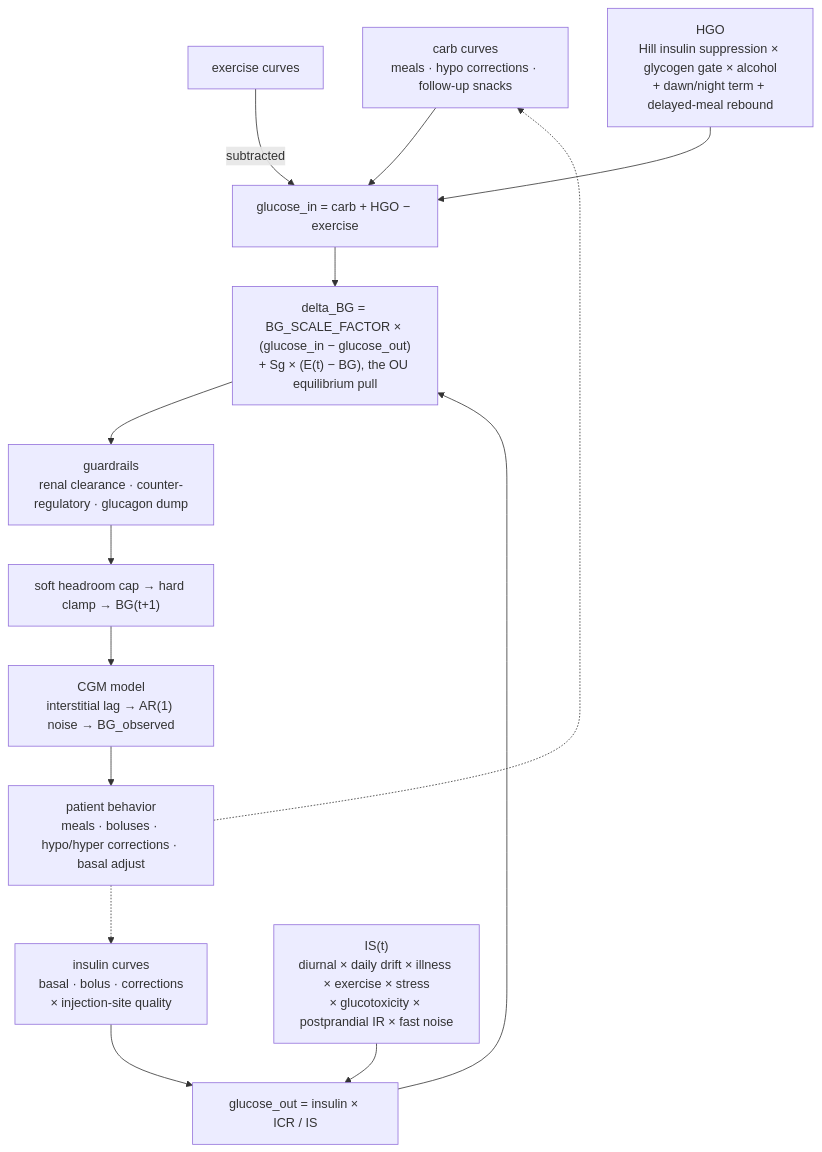
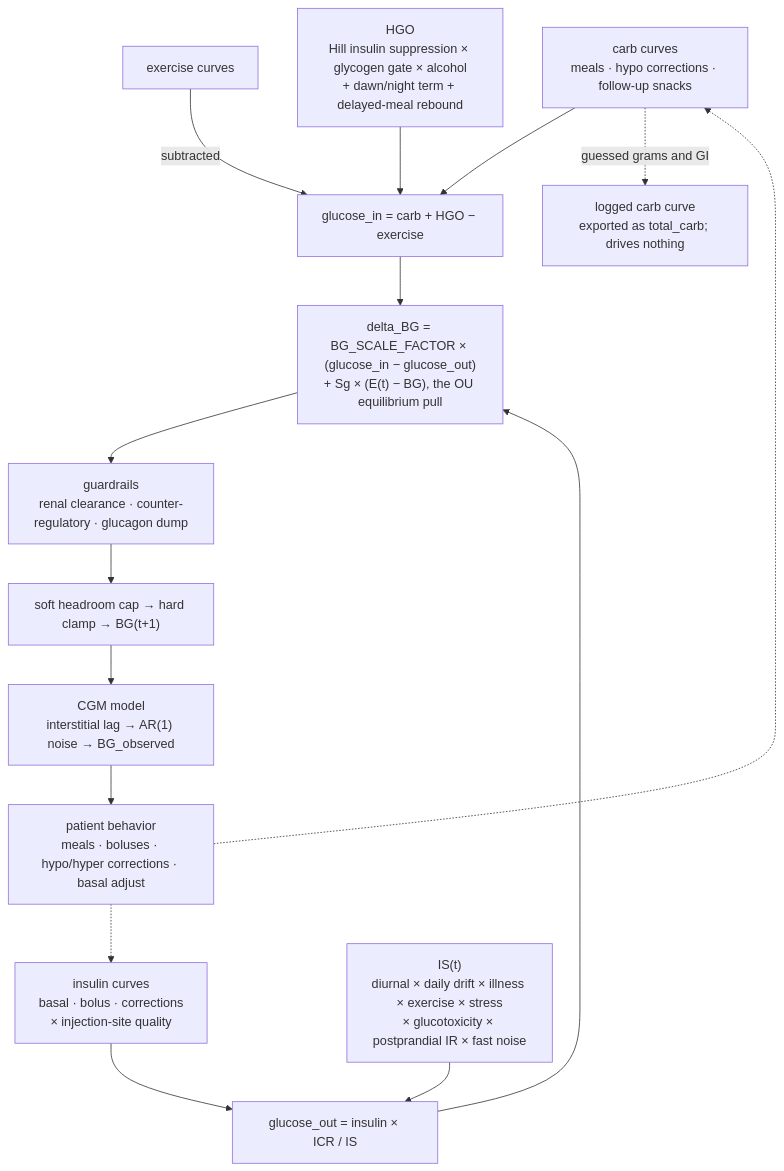
Before and after one commit to 0xdeadf1sh/T1DMSIM: the diagram in docs/math.md, drawn with Mermaid. The commit also changed other lines of this file and 11 other files, not shown here.

First line of the commit message:
Export the patient's guessed carb grams and GI as total_carb

````diff
--- a/docs/math.md
+++ b/docs/math.md
@@ -8,16 +8,17 @@
 ```mermaid
 flowchart TD
     CARB["carb curves<br/>meals · hypo corrections · follow-up snacks"] --> GIN["glucose_in = carb + HGO − exercise"]
+    CARB -.->|"guessed grams and GI"| LOG["logged carb curve<br/>exported as total_carb; drives nothing"]
     EX["exercise curves"] -->|subtracted| GIN
     HGO["HGO<br/>Hill insulin suppression × glycogen gate × alcohol<br/>+ dawn/night term + delayed-meal rebound"] --> GIN
     INS["insulin curves<br/>basal · bolus · corrections<br/>× injection-site quality"] --> GOUT["glucose_out = insulin × ICR / IS"]
     IS["IS(t)<br/>diurnal × daily drift × illness × exercise × stress<br/>× glucotoxicity × postprandial IR × fast noise"] --> GOUT
     GIN --> DELTA["delta_BG = BG_SCALE_FACTOR × (glucose_in − glucose_out)<br/>+ Sg × (E(t) − BG), the OU equilibrium pull"]
     GOUT --> DELTA
     DELTA --> GUARD["guardrails<br/>renal clearance · counter-regulatory · glucagon dump"]
     GUARD --> BOUND["soft headroom cap → hard clamp → BG(t+1)"]
     BOUND --> CGM["CGM model<br/>interstitial lag → AR(1) noise → BG_observed"]
     CGM --> BEH["patient behavior<br/>meals · boluses · hypo/hyper corrections · basal adjust"]
     BEH -.-> CARB
     BEH -.-> INS
 ```
````
